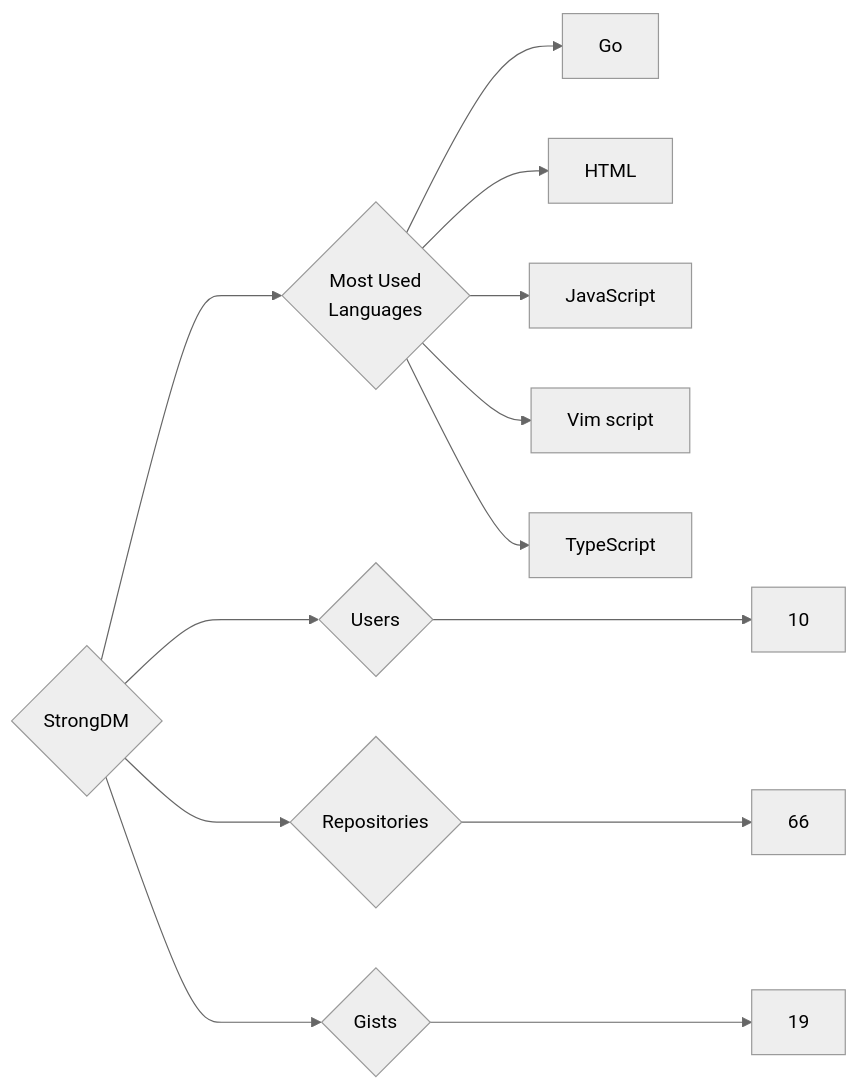
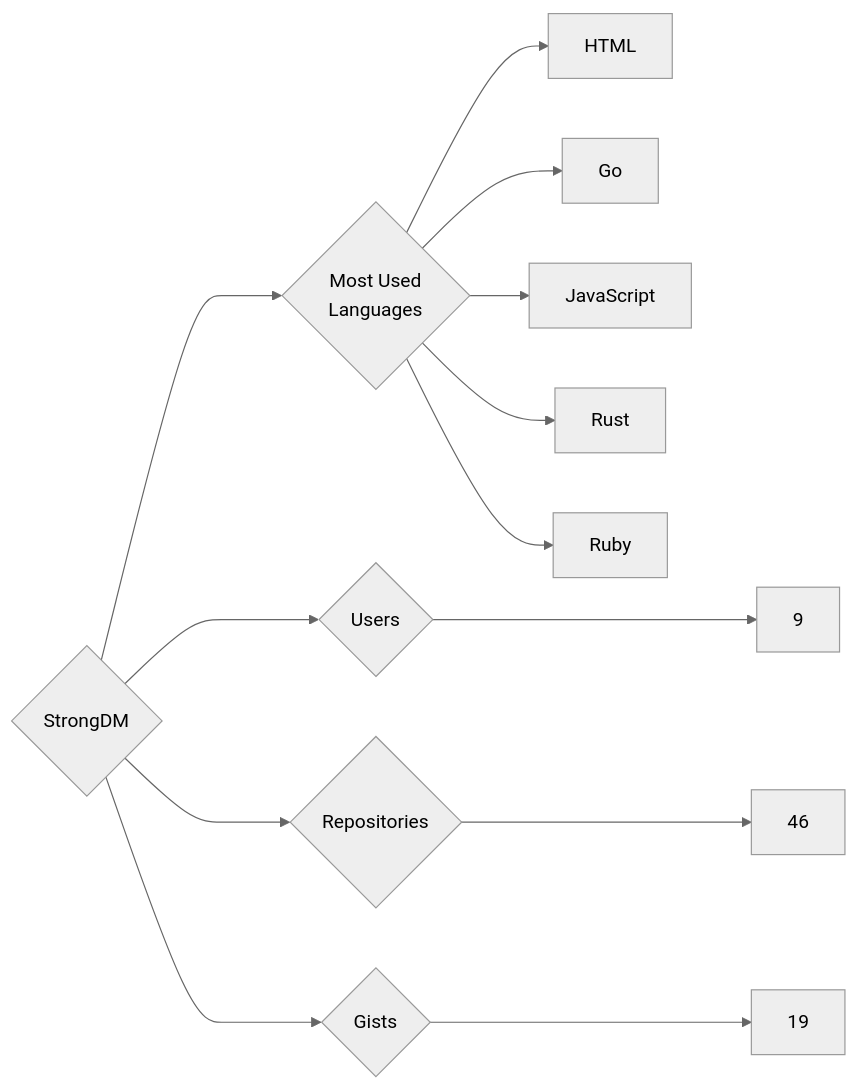
One commit to trickest/insiders changed the diagram in targets/StrongDM/README.md. Above: the diagram before and after it, drawn with Mermaid (neutral theme). The commit also changed 898 other files, not shown here.

````diff
--- a/targets/StrongDM/README.md
+++ b/targets/StrongDM/README.md
@@ -3,13 +3,13 @@
 ```mermaid
 graph LR
 COMPANY_NAME{StrongDM}
-COMPANY_NAME ---> U{Users} ---> UN[10]
-COMPANY_NAME ---> R{Repositories} ---> RN[66]
+COMPANY_NAME ---> U{Users} ---> UN[9]
+COMPANY_NAME ---> R{Repositories} ---> RN[46]
 COMPANY_NAME ---> G{Gists} ---> GN[19]
 COMPANY_NAME ---> ML{Most Used<br>Languages}
+ML --> HTML[HTML]
 ML --> Go[Go]
-ML --> HTML[HTML]
 ML --> JavaScript[JavaScript]
-ML --> Vim_script[Vim script]
-ML --> TypeScript[TypeScript]
+ML --> Rust[Rust]
+ML --> Ruby[Ruby]
 ```
````
